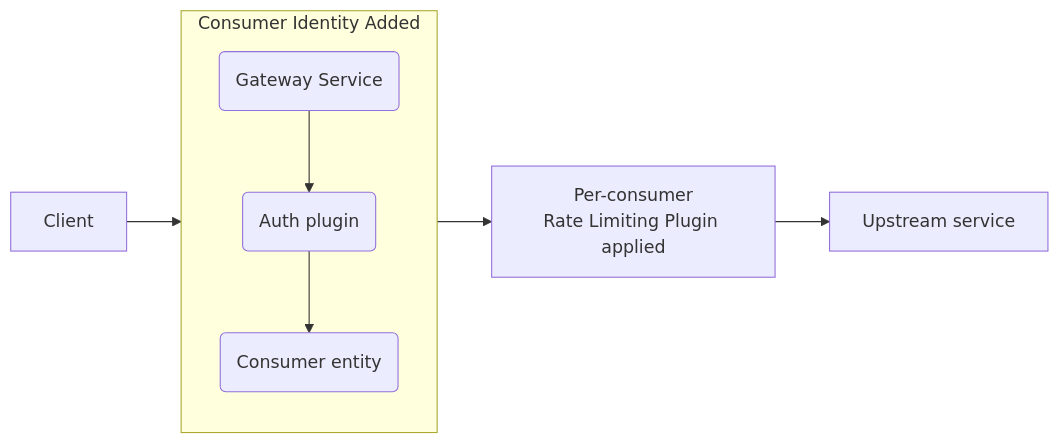
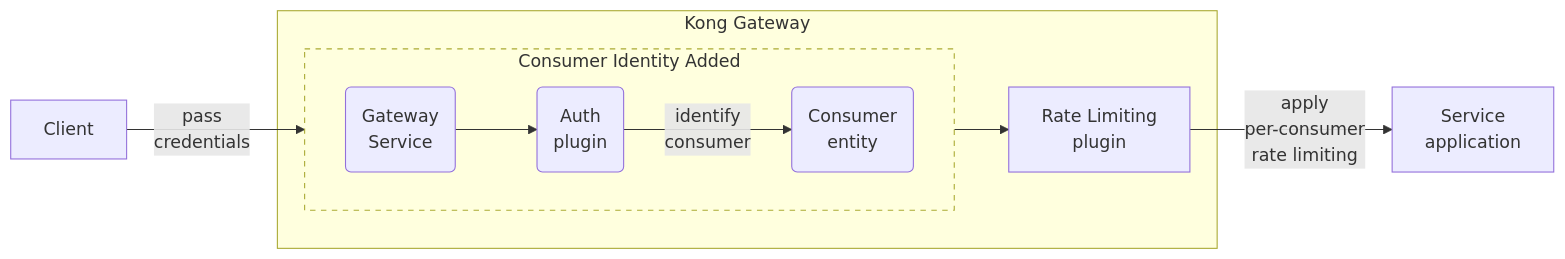
One commit to Kong/developer.konghq.com changed the diagram in app/_gateway_entities/consumer.md. Above: the diagram before and after it, drawn with Mermaid.

Commit message:
make consumer diagram easier to understand

```diff
--- a/app/_gateway_entities/consumer.md
+++ b/app/_gateway_entities/consumer.md
@@ -89,20 +89,34 @@
 {% mermaid %}
 flowchart LR
 
-Consumer(Consumer entity)
-Service(Gateway Service)
-Auth(Auth plugin)
-Upstream[Upstream service]
-RL["Per-consumer
-Rate Limiting Plugin applied"]
+Consumer(Consumer 
+entity)
+Service(Gateway 
+Service)
+Auth(Auth
+plugin)
+Upstream[Service 
+application]
+RL["Rate Limiting 
+plugin"]
 
-Client --> Authenticate
+Client --pass
+credentials--> Service
+subgraph Kong Gateway
+
 subgraph Authenticate ["Consumer Identity Added"]
-    direction TB
+    direction LR
     Service --> Auth
-    Auth-->Consumer
+    Auth--identify 
+    consumer-->Consumer
 end
-Authenticate --> RL
-RL --> Upstream
+
+Consumer--> RL
+end
+RL --apply 
+per-consumer
+rate limiting--> Upstream
+
+style Authenticate stroke-dasharray: 5 5
 
 {% endmermaid %}
```
